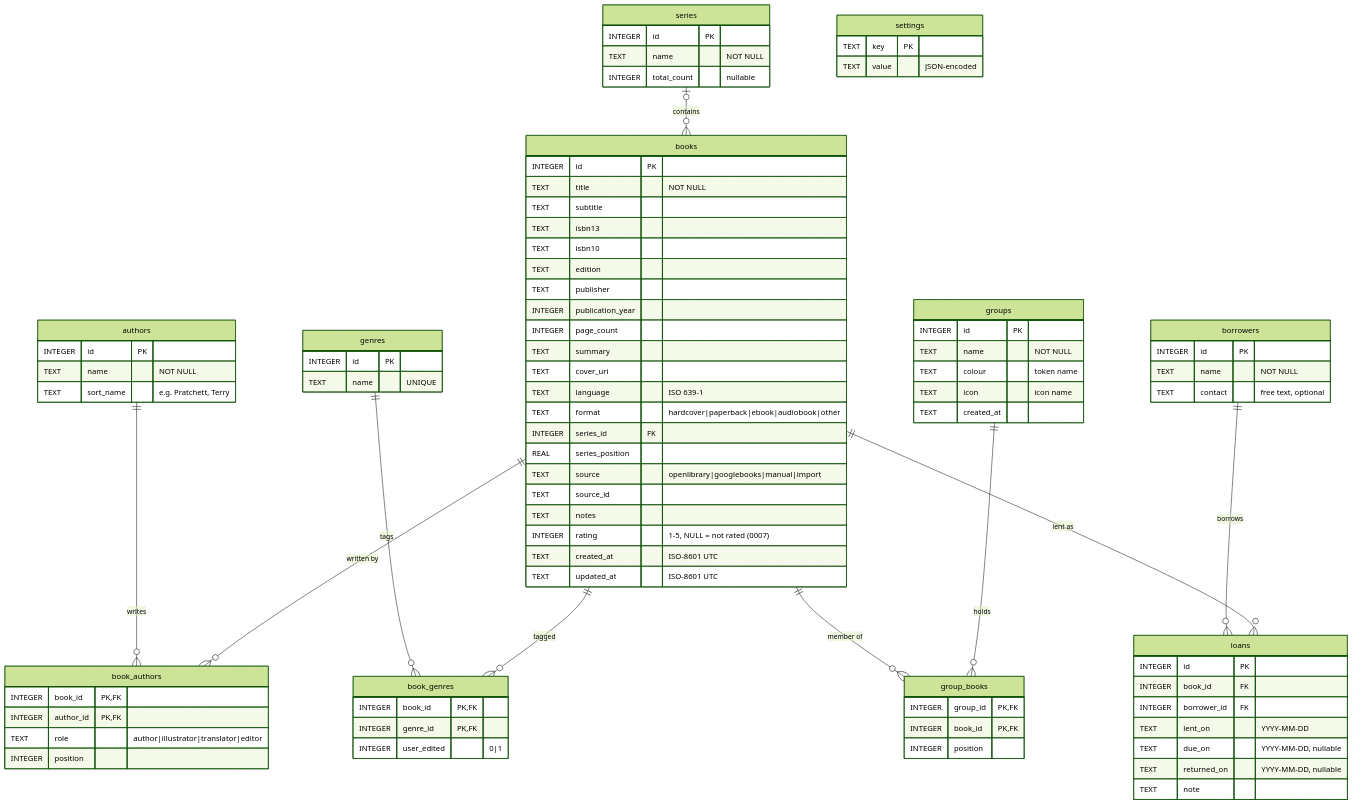
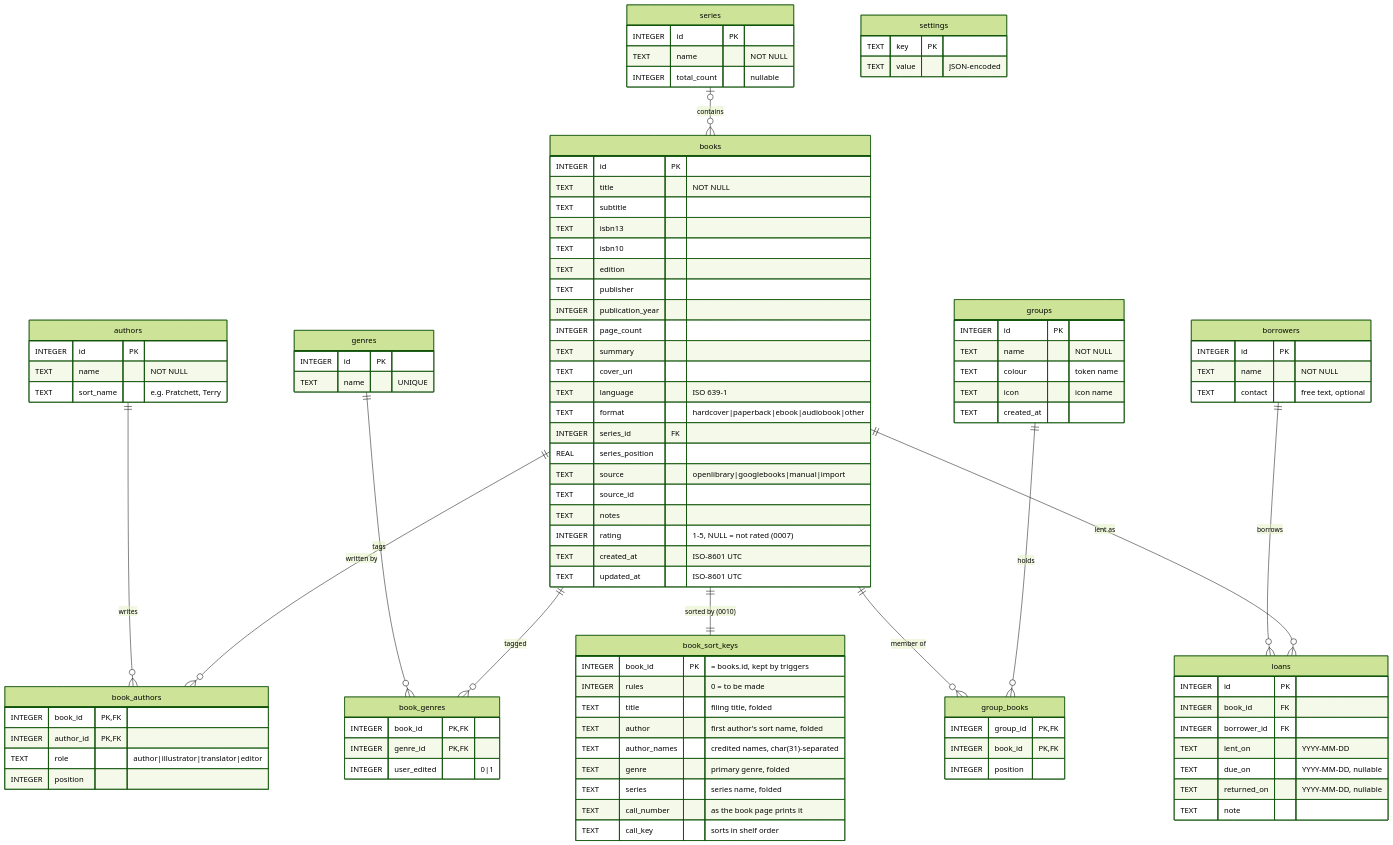
The second of 3 diagrams in PLAN.md (asorichetti/MyShelf), drawn with Mermaid (forest theme) before and after one commit. The commit also changed other lines of this file and 1 other file, not shown here.

Commit message:
Document the stored sort keys and the new Shelf query timings

````diff
--- a/PLAN.md
+++ b/PLAN.md
@@ -229,6 +229,7 @@
   books ||--o{ group_books : "member of"
   books ||--o{ loans : "lent as"
   borrowers ||--o{ loans : borrows
+  books ||--|| book_sort_keys : "sorted by (0010)"
 
   books {
     INTEGER id PK
@@ -308,4 +309,15 @@
     TEXT key PK
     TEXT value "JSON-encoded"
   }
+  book_sort_keys {
+    INTEGER book_id PK "= books.id, kept by triggers"
+    INTEGER rules "0 = to be made"
+    TEXT title "filing title, folded"
+    TEXT author "first author's sort name, folded"
+    TEXT author_names "credited names, char(31)-separated"
+    TEXT genre "primary genre, folded"
+    TEXT series "series name, folded"
+    TEXT call_number "as the book page prints it"
+    TEXT call_key "sorts in shelf order"
+  }
 ```
````
